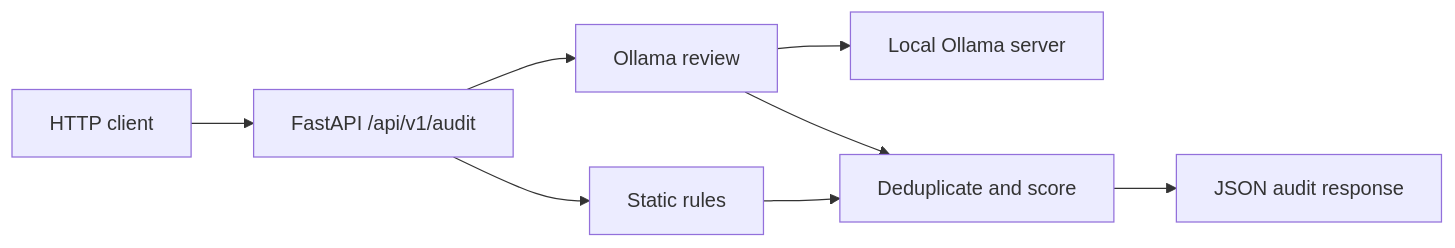
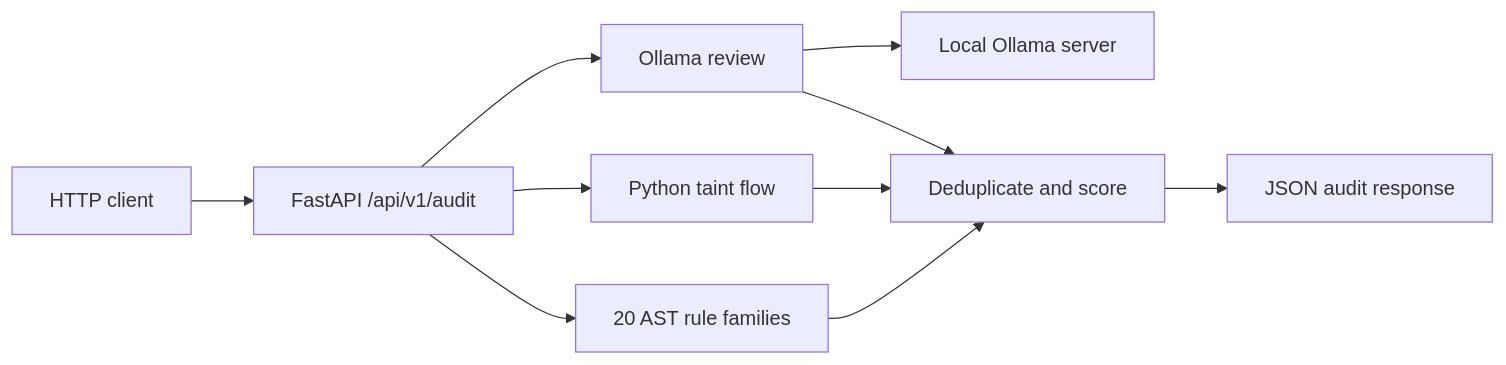
The first of 2 diagrams in README.md (Balerion769/ai-guardian), drawn with Mermaid before and after one commit. The commit also changed other lines of this file and 144 other files, not shown here.

````diff
--- a/README.md
+++ b/README.md
@@ -9,10 +11,12 @@
 ```mermaid
 flowchart LR
     Client[HTTP client] --> API[FastAPI /api/v1/audit]
-    API --> Static[Static rules]
+    API --> Static[20 AST rule families]
+    API --> Taint[Python taint flow]
     API --> AI[Ollama review]
     AI --> Ollama[Local Ollama server]
     Static --> Merge[Deduplicate and score]
+    Taint --> Merge
     AI --> Merge
     Merge --> Response[JSON audit response]
 ```
````
